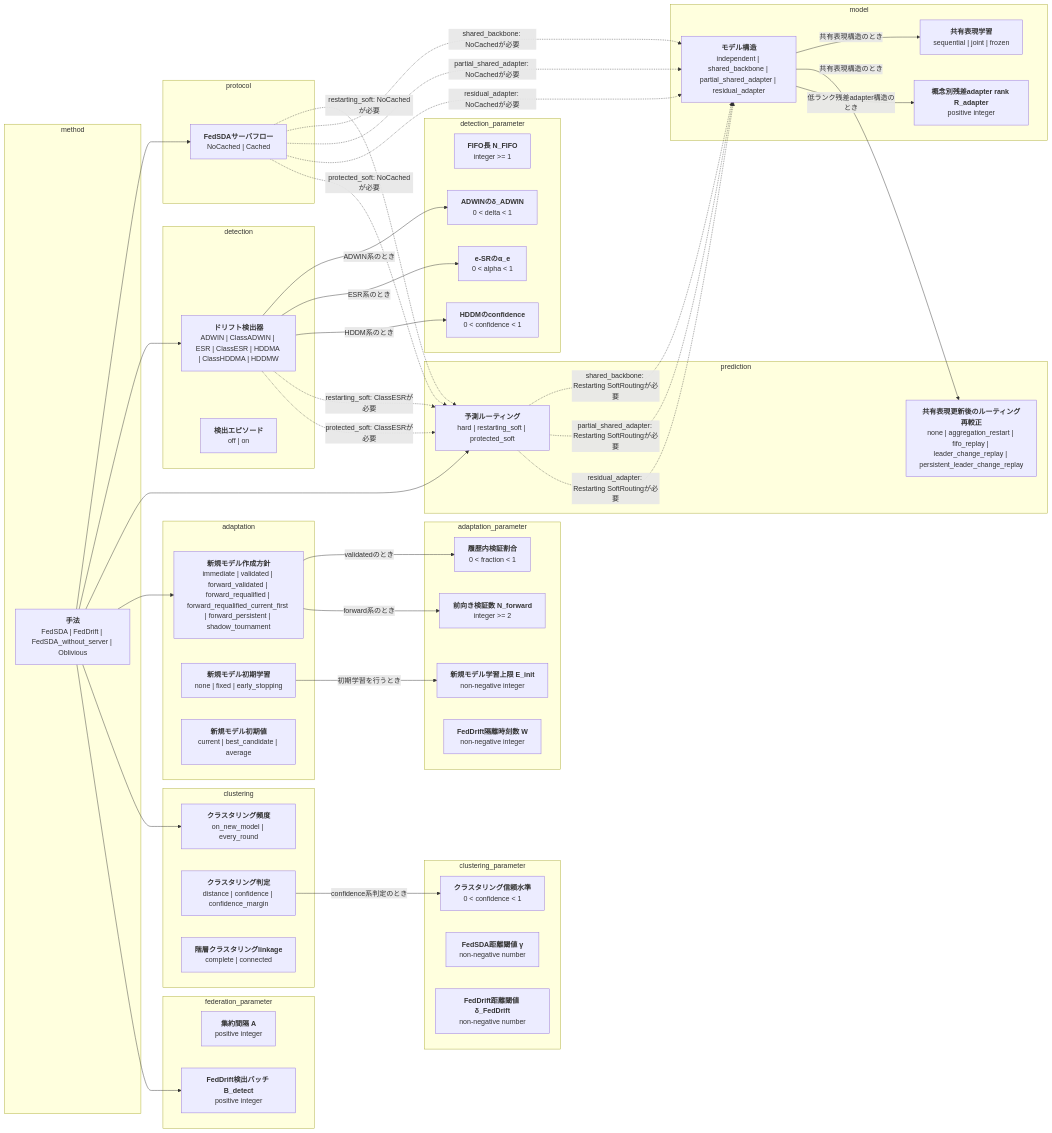
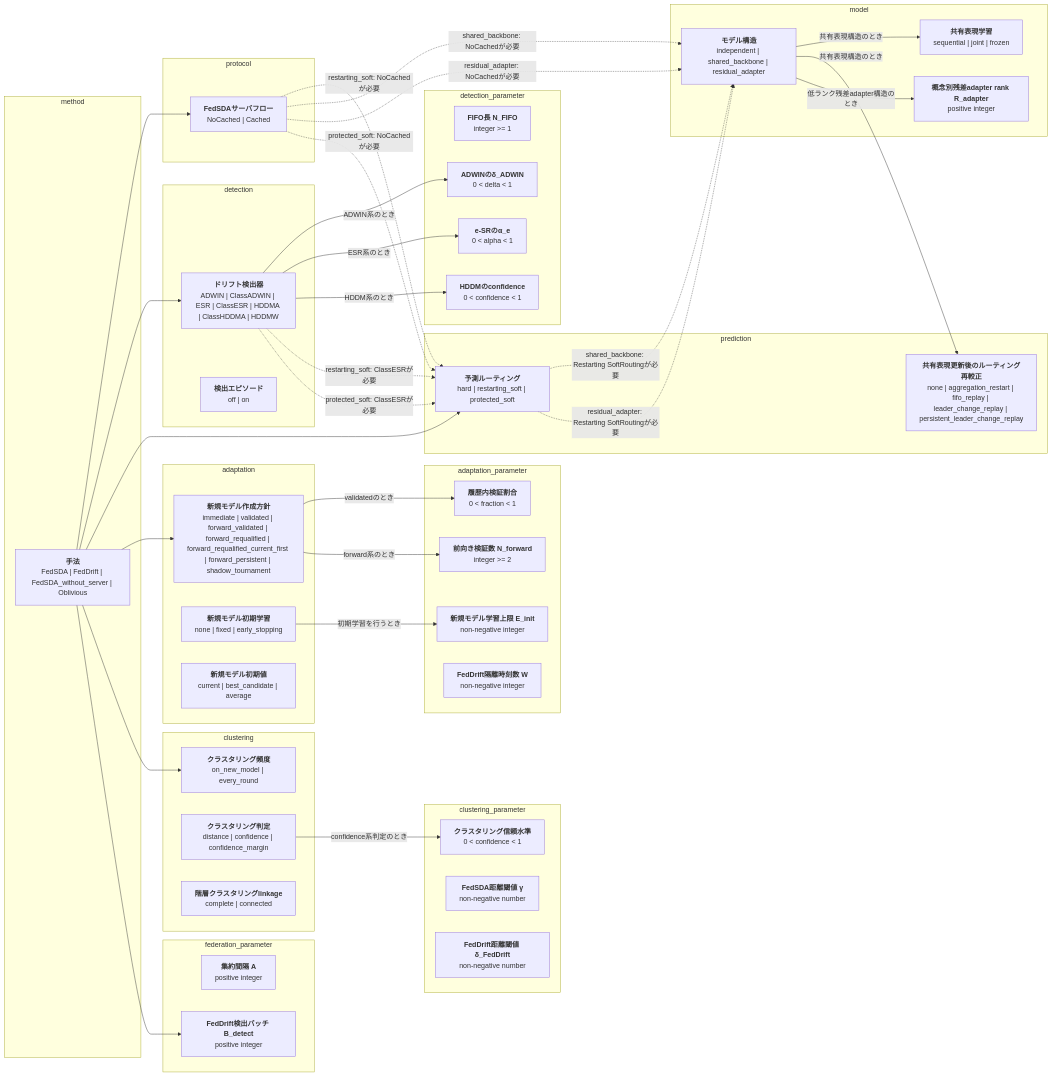
One commit to shimmen3141/FedSDA-experiment changed the first of 2 diagrams in docs/options.md. Above: the diagram before and after it, drawn with Mermaid. The commit also changed other lines of this file and 14 other files, not shown here.

````diff
--- a/docs/options.md
+++ b/docs/options.md
@@ -18,79 +18,77 @@
 ```mermaid
 flowchart LR
   subgraph group_method[method]
     method["<b>手法</b><br/>FedSDA | FedDrift | FedSDA_without_server | Oblivious"]
   end
   subgraph group_protocol[protocol]
     server_flow["<b>FedSDAサーバフロー</b><br/>NoCached | Cached"]
   end
   subgraph group_detection[detection]
     detector["<b>ドリフト検出器</b><br/>ADWIN | ClassADWIN | ESR | ClassESR | HDDMA | ClassHDDMA | HDDMW"]
     detection_episodes["<b>検出エピソード</b><br/>off | on"]
   end
   subgraph group_prediction[prediction]
     routing["<b>予測ルーティング</b><br/>hard | restarting_soft | protected_soft"]
     shared_backbone_routing_recalibration["<b>共有表現更新後のルーティング再較正</b><br/>none | aggregation_restart | fifo_replay | leader_change_replay | persistent_leader_change_replay"]
   end
   subgraph group_model[model]
-    model_architecture["<b>モデル構造</b><br/>independent | shared_backbone | partial_shared_adapter | residual_adapter"]
+    model_architecture["<b>モデル構造</b><br/>independent | shared_backbone | residual_adapter"]
     shared_backbone_training["<b>共有表現学習</b><br/>sequential | joint | frozen"]
     shared_adapter_rank["<b>概念別残差adapter rank R_adapter</b><br/>positive integer"]
   end
   subgraph group_adaptation[adaptation]
     new_model_creation_policy["<b>新規モデル作成方針</b><br/>immediate | validated | forward_validated | forward_requalified | forward_requalified_current_first | forward_persistent | shadow_tournament"]
     new_model_training["<b>新規モデル初期学習</b><br/>none | fixed | early_stopping"]
     new_model_initialization["<b>新規モデル初期値</b><br/>current | best_candidate | average"]
   end
   subgraph group_adaptation_parameter[adaptation_parameter]
     new_model_epochs["<b>新規モデル学習上限 E_init</b><br/>non-negative integer"]
     new_model_validation_fraction["<b>履歴内検証割合</b><br/>0 < fraction < 1"]
     new_model_forward_validation_samples["<b>前向き検証数 N_forward</b><br/>integer >= 2"]
     feddrift_isolation_timesteps["<b>FedDrift隔離時刻数 W</b><br/>non-negative integer"]
   end
   subgraph group_detection_parameter[detection_parameter]
     fifo_size["<b>FIFO長 N_FIFO</b><br/>integer >= 1"]
     adwin_delta["<b>ADWINのδ_ADWIN</b><br/>0 < delta < 1"]
     e_detector_alpha["<b>e-SRのα_e</b><br/>0 < alpha < 1"]
     hddm_drift_confidence["<b>HDDMのconfidence</b><br/>0 < confidence < 1"]
   end
   subgraph group_clustering[clustering]
     clustering_policy["<b>クラスタリング頻度</b><br/>on_new_model | every_round"]
     clustering_decision["<b>クラスタリング判定</b><br/>distance | confidence | confidence_margin"]
     cluster_linkage["<b>階層クラスタリングlinkage</b><br/>complete | connected"]
   end
   subgraph group_clustering_parameter[clustering_parameter]
     clustering_confidence["<b>クラスタリング信頼水準</b><br/>0 < confidence < 1"]
     fedsda_distance_threshold["<b>FedSDA距離閾値 γ</b><br/>non-negative number"]
     feddrift_distance_threshold["<b>FedDrift距離閾値 δ_FedDrift</b><br/>non-negative number"]
   end
   subgraph group_federation_parameter[federation_parameter]
     aggregation_interval["<b>集約間隔 A</b><br/>positive integer"]
     feddrift_detection_batch_size["<b>FedDrift検出バッチ B_detect</b><br/>positive integer"]
   end
   model_architecture -->|"共有表現構造のとき"| shared_backbone_training
   model_architecture -->|"共有表現構造のとき"| shared_backbone_routing_recalibration
   model_architecture -->|"低ランク残差adapter構造のとき"| shared_adapter_rank
   new_model_training -->|"初期学習を行うとき"| new_model_epochs
   new_model_creation_policy -->|"validatedのとき"| new_model_validation_fraction
   new_model_creation_policy -->|"forward系のとき"| new_model_forward_validation_samples
   detector -->|"ADWIN系のとき"| adwin_delta
   detector -->|"ESR系のとき"| e_detector_alpha
   detector -->|"HDDM系のとき"| hddm_drift_confidence
   clustering_decision -->|"confidence系判定のとき"| clustering_confidence
   server_flow -.->|"restarting_soft: NoCachedが必要"| routing
   detector -.->|"restarting_soft: ClassESRが必要"| routing
   server_flow -.->|"shared_backbone: NoCachedが必要"| model_architecture
   routing -.->|"shared_backbone: Restarting SoftRoutingが必要"| model_architecture
-  server_flow -.->|"partial_shared_adapter: NoCachedが必要"| model_architecture
-  routing -.->|"partial_shared_adapter: Restarting SoftRoutingが必要"| model_architecture
   server_flow -.->|"residual_adapter: NoCachedが必要"| model_architecture
   routing -.->|"residual_adapter: Restarting SoftRoutingが必要"| model_architecture
   server_flow -.->|"protected_soft: NoCachedが必要"| routing
   detector -.->|"protected_soft: ClassESRが必要"| routing
   method --> server_flow
   method --> detector
   method --> routing
   method --> new_model_creation_policy
   method --> clustering_policy
   method --> feddrift_detection_batch_size
 ```
````
